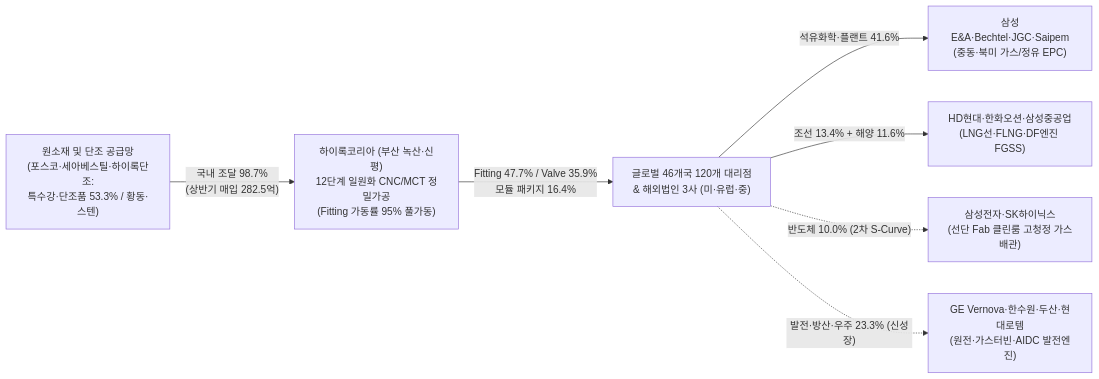
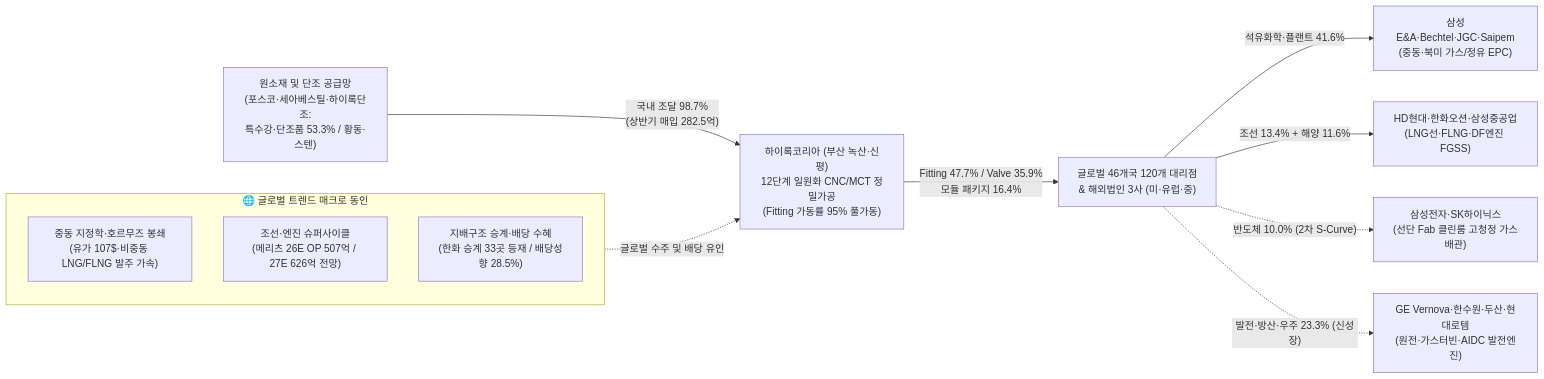
Before and after one commit to eve830521-cmd/my-skill: the diagram in Stock_Research/하이록코리아/3_Final_Reports/Phase1_Report.md, drawn with Mermaid. The commit also changed other lines of this file and 37 other files, not shown here.

````diff
--- a/Stock_Research/하이록코리아/3_Final_Reports/Phase1_Report.md
+++ b/Stock_Research/하이록코리아/3_Final_Reports/Phase1_Report.md
@@ -32,9 +37,18 @@
 ```mermaid
 graph LR
+    subgraph Macro ["🌐 글로벌 트렌드 매크로 동인"]
+        M1["중동 지정학·호르무즈 봉쇄<br/>(유가 107$·비중동 LNG/FLNG 발주 가속)"]
+        M2["조선·엔진 슈퍼사이클<br/>(메리츠 26E OP 507억 / 27E 626억 전망)"]
+        M3["지배구조 승계·배당 수혜<br/>(한화 승계 33곳 등재 / 배당성향 28.5%)"]
+    end
+
     A["원소재 및 단조 공급망<br/>(포스코·세아베스틸·하이록단조:<br/>특수강·단조품 53.3% / 황동·스텐)"] -->|"국내 조달 98.7%<br/>(상반기 매입 282.5억)"| B["하이록코리아 (부산 녹산·신평)<br/>12단계 일원화 CNC/MCT 정밀가공<br/>(Fitting 가동률 95% 풀가동)"]
+    
+    Macro -. "글로벌 수주 및 배당 유인" .-> B
+
     B -->|"Fitting 47.7% / Valve 35.9%<br/>모듈 패키지 16.4%"| C["글로벌 46개국 120개 대리점<br/>& 해외법인 3사 (미·유럽·중)"]
     C -->|"석유화학·플랜트 41.6%"| D["삼성E&A·Bechtel·JGC·Saipem<br/>(중동·북미 가스/정유 EPC)"]
     C -->|"조선 13.4% + 해양 11.6%"| E["HD현대·한화오션·삼성중공업<br/>(LNG선·FLNG·DF엔진 FGSS)"]
     C -. "반도체 10.0% (2차 S-Curve)" .-> F["삼성전자·SK하이닉스<br/>(선단 Fab 클린룸 고청정 가스배관)"]
     C -. "발전·방산·우주 23.3% (신성장)" .-> G["GE Vernova·한수원·두산·현대로템<br/>(원전·가스터빈·AIDC 발전엔진)"]
 ```
````
